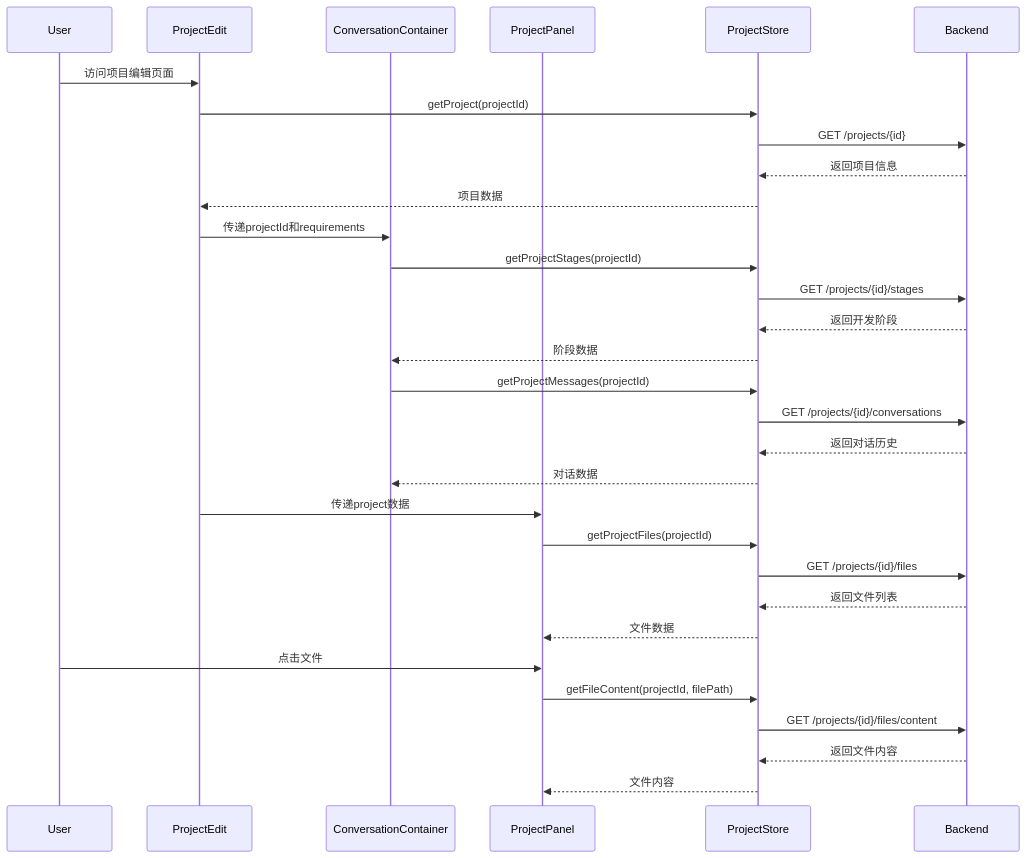
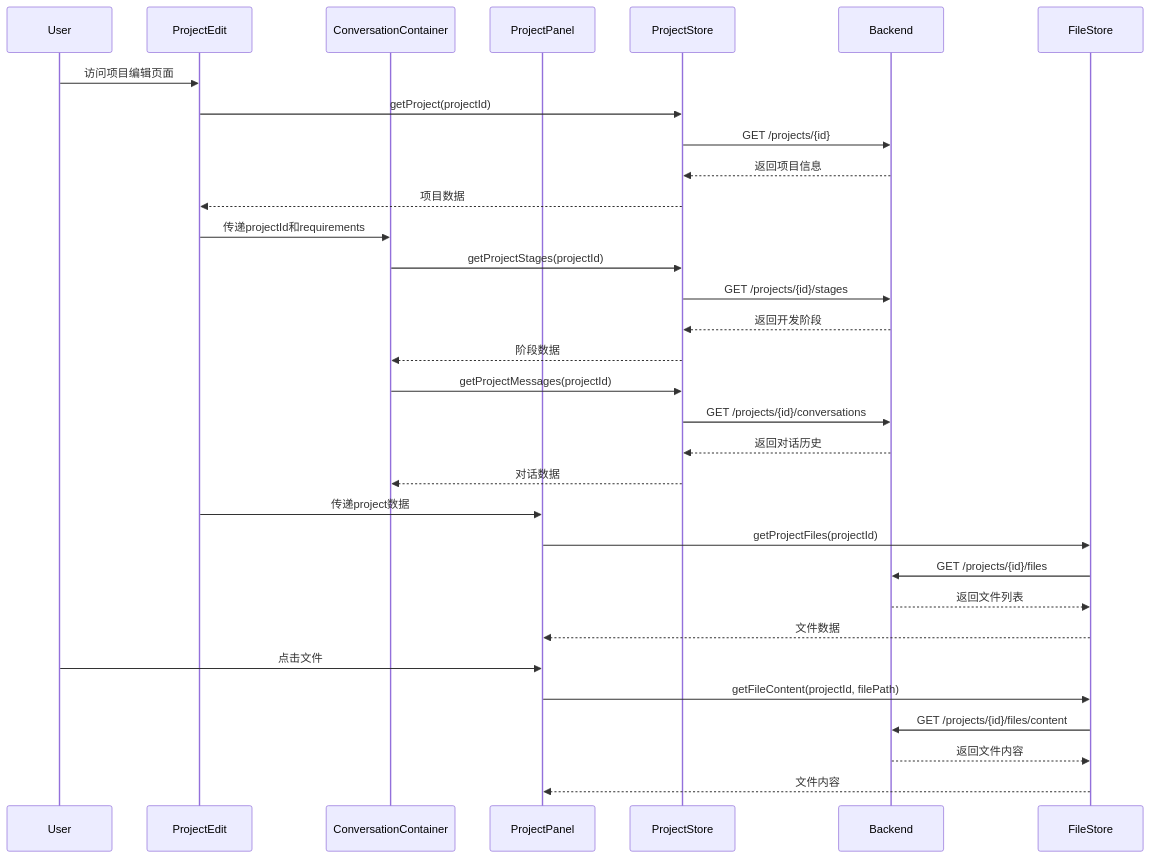
Before and after one commit to lighthought/app-maker: the ninth of 9 diagrams in frontend/architect/ARCHITECTURE.md, drawn with Mermaid. The commit also changed other lines of this file and 3 other files, not shown here.

````diff
--- a/frontend/architect/ARCHITECTURE.md
+++ b/frontend/architect/ARCHITECTURE.md
@@ -390,38 +402,38 @@
 ```mermaid
 sequenceDiagram
     participant User
     participant ProjectEdit
     participant ConversationContainer
     participant ProjectPanel
     participant ProjectStore
     participant Backend
 
     User->>ProjectEdit: 访问项目编辑页面
     ProjectEdit->>ProjectStore: getProject(projectId)
     ProjectStore->>Backend: GET /projects/{id}
     Backend-->>ProjectStore: 返回项目信息
     ProjectStore-->>ProjectEdit: 项目数据
     
     ProjectEdit->>ConversationContainer: 传递projectId和requirements
     ConversationContainer->>ProjectStore: getProjectStages(projectId)
     ProjectStore->>Backend: GET /projects/{id}/stages
     Backend-->>ProjectStore: 返回开发阶段
     ProjectStore-->>ConversationContainer: 阶段数据
     
     ConversationContainer->>ProjectStore: getProjectMessages(projectId)
     ProjectStore->>Backend: GET /projects/{id}/conversations
     Backend-->>ProjectStore: 返回对话历史
     ProjectStore-->>ConversationContainer: 对话数据
     
     ProjectEdit->>ProjectPanel: 传递project数据
-    ProjectPanel->>ProjectStore: getProjectFiles(projectId)
-    ProjectStore->>Backend: GET /projects/{id}/files
-    Backend-->>ProjectStore: 返回文件列表
-    ProjectStore-->>ProjectPanel: 文件数据
+    ProjectPanel->>FileStore: getProjectFiles(projectId)
+    FileStore->>Backend: GET /projects/{id}/files
+    Backend-->>FileStore: 返回文件列表
+    FileStore-->>ProjectPanel: 文件数据
     
     User->>ProjectPanel: 点击文件
-    ProjectPanel->>ProjectStore: getFileContent(projectId, filePath)
-    ProjectStore->>Backend: GET /projects/{id}/files/content
-    Backend-->>ProjectStore: 返回文件内容
-    ProjectStore-->>ProjectPanel: 文件内容
+    ProjectPanel->>FileStore: getFileContent(projectId, filePath)
+    FileStore->>Backend: GET /projects/{id}/files/content
+    Backend-->>FileStore: 返回文件内容
+    FileStore-->>ProjectPanel: 文件内容
 ```
````
